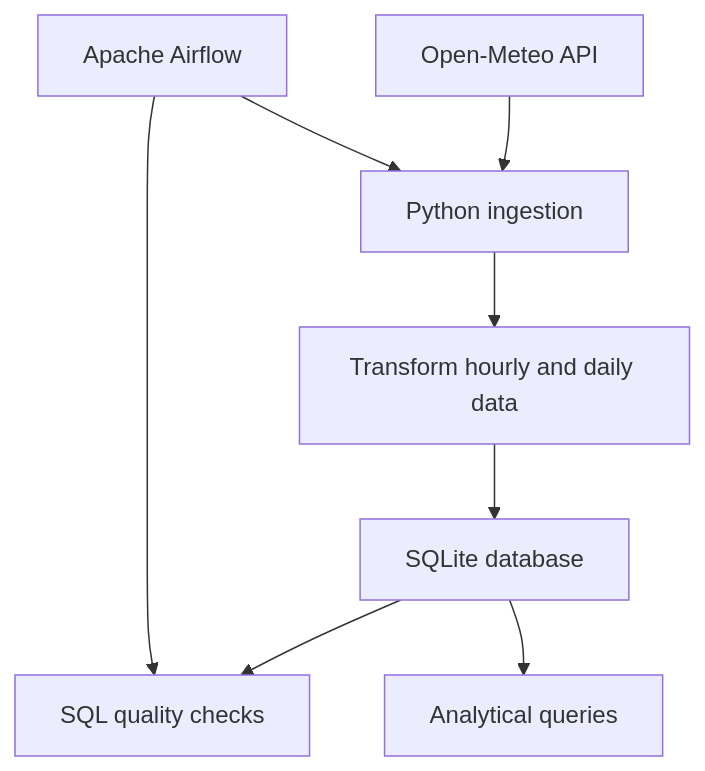
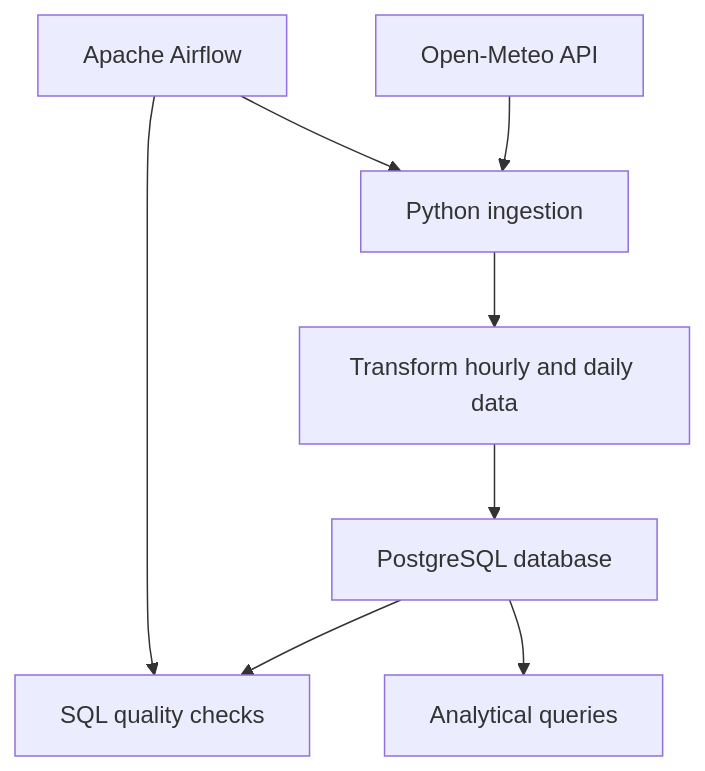
Before and after one commit to BenjaminCereda/weather-pipeline: the first of 2 diagrams in README.md, drawn with Mermaid. The commit also changed other lines of this file and 1 other file, not shown here.

````diff
--- a/README.md
+++ b/README.md
@@ -26,10 +35,10 @@
 ```mermaid
 flowchart TD
     A["Open-Meteo API"] --> B["Python ingestion"]
     B --> C["Transform hourly and daily data"]
-    C --> D["SQLite database"]
+    C --> D["PostgreSQL database"]
     D --> E["SQL quality checks"]
     D --> F["Analytical queries"]
     G["Apache Airflow"] --> B
     G --> E
 ```
````
